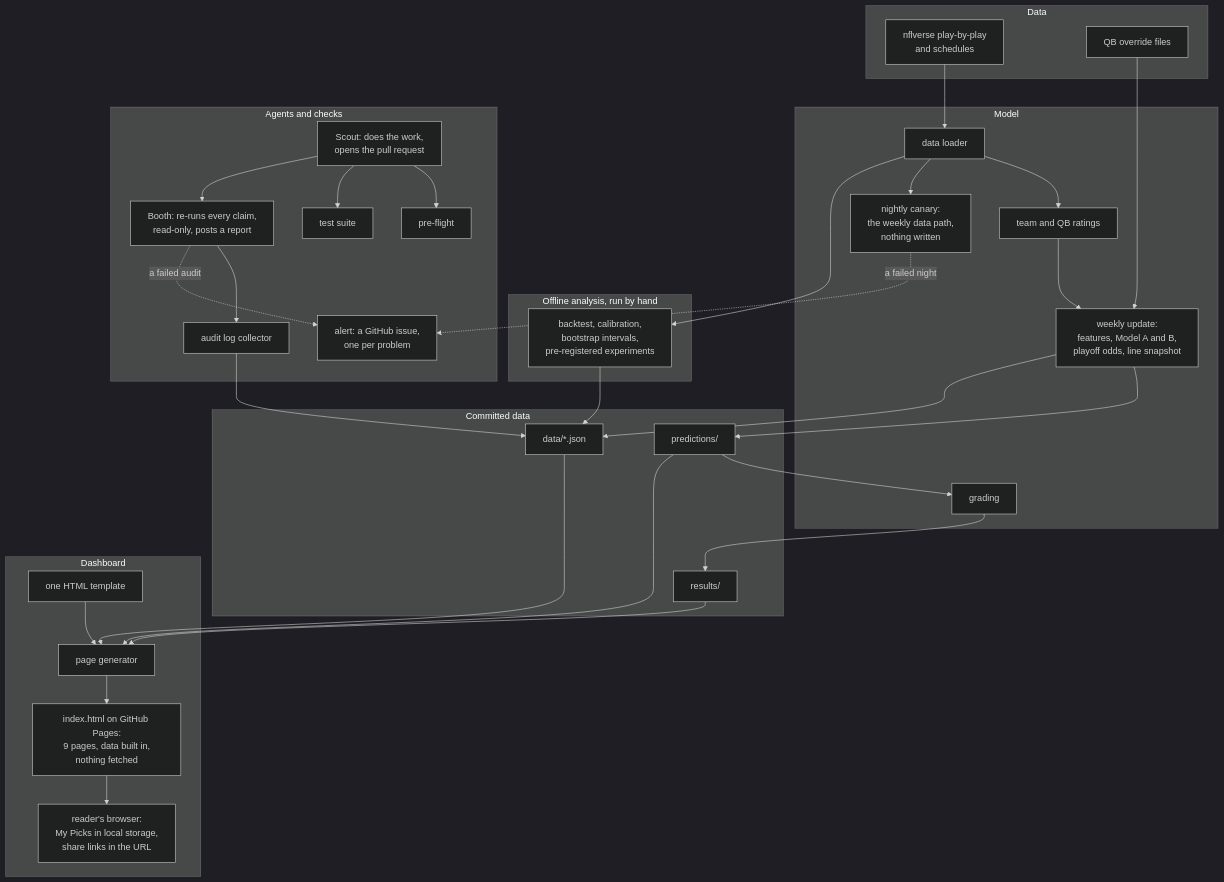
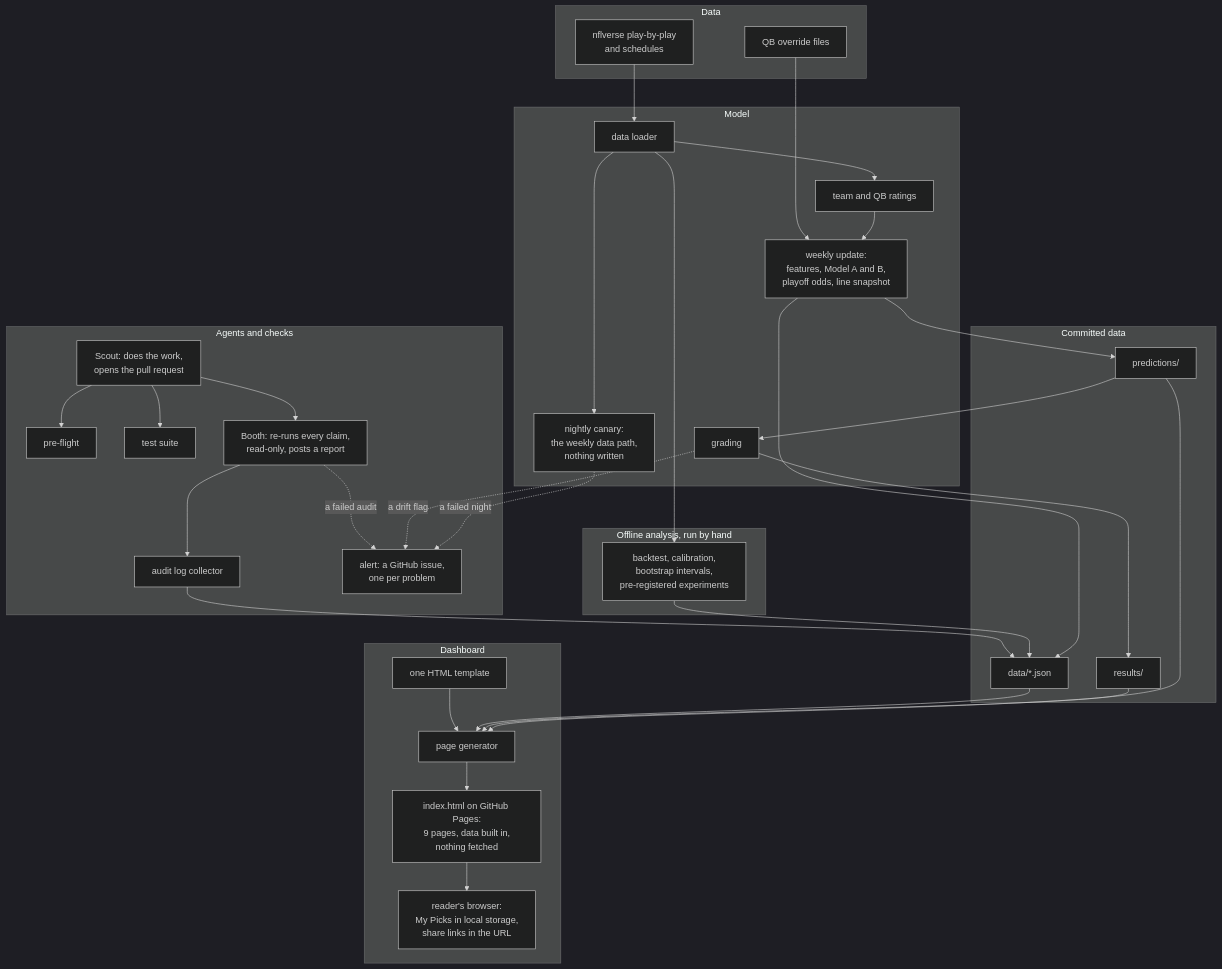
One commit to lifeisgreat07/NFL-Model-2 changed the diagram in docs/architecture.md. Above: the diagram before and after it, drawn with Mermaid (dark theme). The commit also changed other lines of this file and 6 other files, not shown here.

````diff
--- a/docs/architecture.md
+++ b/docs/architecture.md
@@ -7,61 +7,62 @@
 ```mermaid
 flowchart TB
   subgraph DATA["Data"]
     NFL["nflverse play-by-play<br/>and schedules"]
     OVR["QB override files"]
   end
 
   subgraph MODEL["Model"]
     LOAD["data loader"]
     RATE["team and QB ratings"]
     WEEK["weekly update:<br/>features, Model A and B,<br/>playoff odds, line snapshot"]
     GRADE["grading"]
     CANARY["nightly canary:<br/>the weekly data path,<br/>nothing written"]
   end
 
   subgraph STORE["Committed data"]
     PRED["predictions/"]
     RES["results/"]
     DJ["data/*.json"]
   end
 
   subgraph ANALYSIS["Offline analysis, run by hand"]
     BT["backtest, calibration,<br/>bootstrap intervals,<br/>pre-registered experiments"]
   end
 
   subgraph AGENTS["Agents and checks"]
     SCOUT["Scout: does the work,<br/>opens the pull request"]
     PRE["pre-flight"]
     TESTS["test suite"]
     BOOTH["Booth: re-runs every claim,<br/>read-only, posts a report"]
     LOG["audit log collector"]
     ALERT["alert: a GitHub issue,<br/>one per problem"]
   end
 
   subgraph UI["Dashboard"]
     GEN["page generator"]
     TPL["one HTML template"]
     PAGE["index.html on GitHub Pages:<br/>9 pages, data built in,<br/>nothing fetched"]
     BROWSER["reader's browser:<br/>My Picks in local storage,<br/>share links in the URL"]
   end
 
   NFL --> LOAD --> RATE --> WEEK
   OVR --> WEEK
   LOAD --> CANARY
   CANARY -. a failed night .-> ALERT
+  GRADE -. a drift flag .-> ALERT
   WEEK --> PRED
   WEEK --> DJ
   PRED --> GRADE --> RES
   LOAD --> BT --> DJ
 
   SCOUT --> PRE
   SCOUT --> TESTS
   SCOUT --> BOOTH
   BOOTH --> LOG --> DJ
   BOOTH -. a failed audit .-> ALERT
 
   PRED --> GEN
   RES --> GEN
   DJ --> GEN
   TPL --> GEN --> PAGE --> BROWSER
 ```
````
